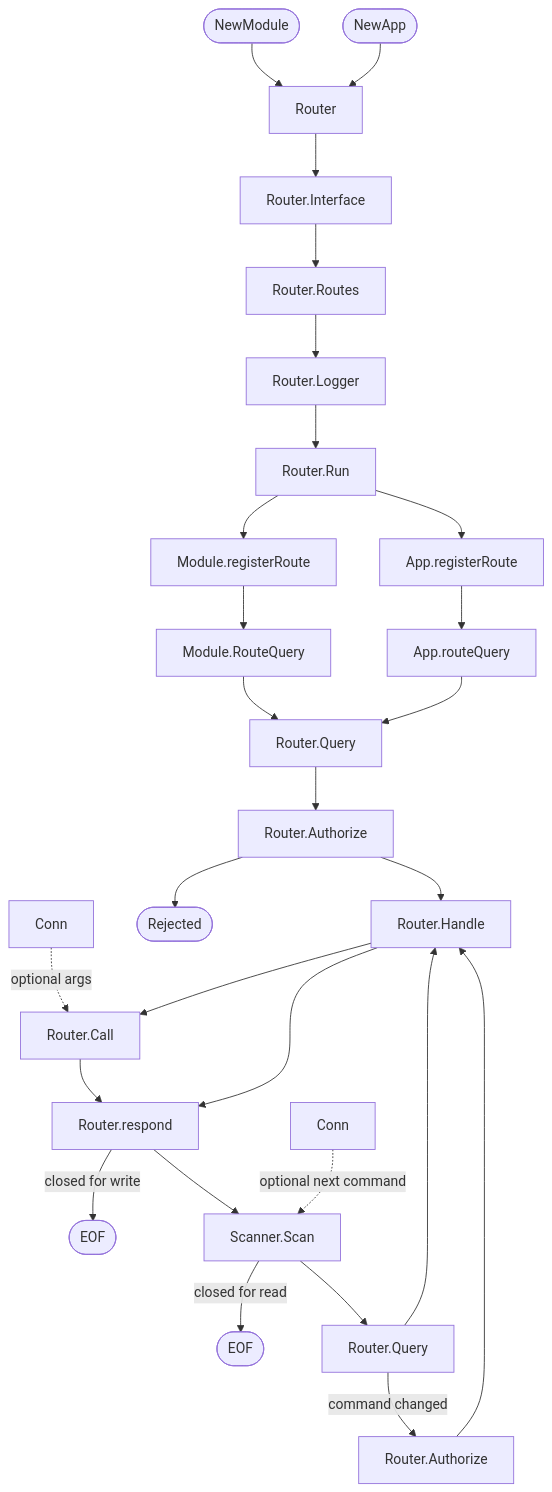
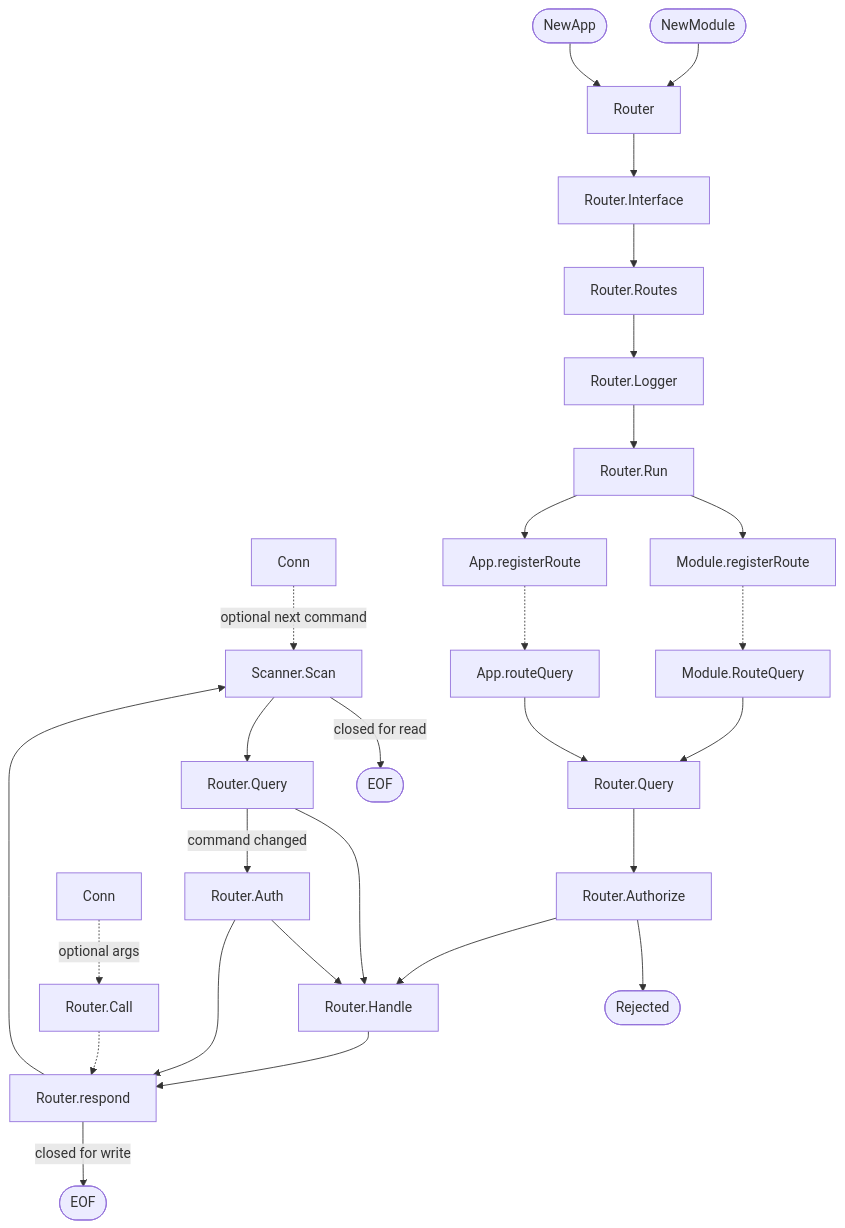
One commit to cryptopunkscc/go-apphost-jrpc changed the second of 2 diagrams in flow.md. Above: the diagram before and after it, drawn with Mermaid.

Commit message:
doc: fix exact flow diagram

````diff
--- a/flow.md
+++ b/flow.md
@@ -16,22 +16,34 @@
 ```mermaid
 flowchart
+    Scanner.Scan
+    Router.Query
+    Router.respond
+    Router.Handle
+    Router.Auth
+    Router.Call
+    Conn
+    Conn2
+    
     NewModule([NewModule]) --> Router
     NewApp([NewApp]) --> Router -->
     Router.Interface --> Router.Routes --> Router.Logger --> 
     Router.Run --> 
-    Module.registerRoute --> Module.RouteQuery
+    Module.registerRoute -.-> Module.RouteQuery
     Router.Run -->
-    App.registerRoute --> App.routeQuery
+    App.registerRoute -.-> App.routeQuery
     Module.RouteQuery --> Router.Query
     App.routeQuery --> Router.Query
     Router.Query --> Router.Authorize
     Conn -. optional args.-> Router.Call
     Router.Authorize --> Rejected(["Rejected"])
-    Router.Authorize --> Router.Handle -->
-    Router.Call[Router.Call] --> Router.respond
     Router.Handle --> Router.respond -- closed for write --> Return(["EOF"])
+    Router.Authorize --> Router.Handle
+    Router.Auth --> Router.Handle 
+    Router.Auth --> Router.respond
+    Router.Call[Router.Call] -.-> Router.respond
     Router.respond --> Scanner.Scan -- closed for read --> Return2(["EOF"])
     Conn2[Conn] -. optional next command .-> Scanner.Scan
     Scanner.Scan --> Router.Query2[Router.Query] --> Router.Handle
-    Router.Query2 -- command changed --> Router.Authorize2[Router.Authorize] --> Router.Handle
+    Router.Query2 -- command changed --> Router.Auth
+%%    Router.Query2 -- command changed --> Router.Authorize2[Router.Authorize] --> Router.Handle
 ```
````
